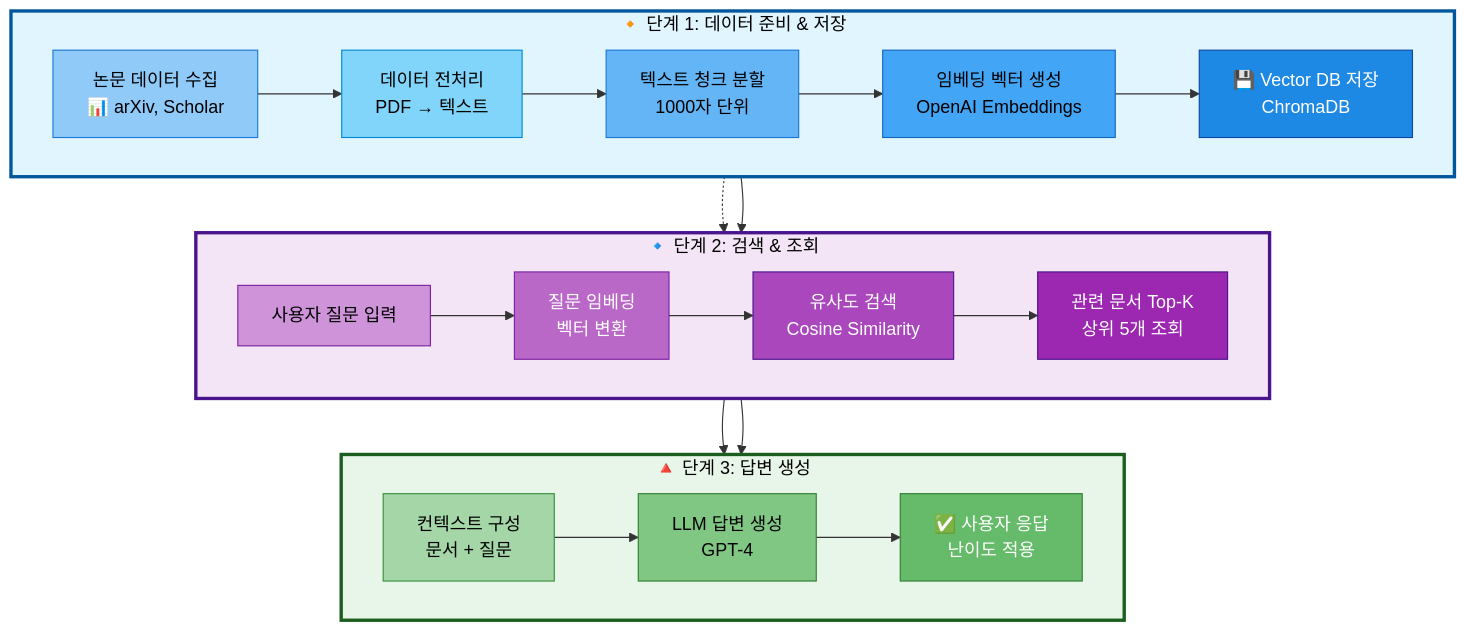
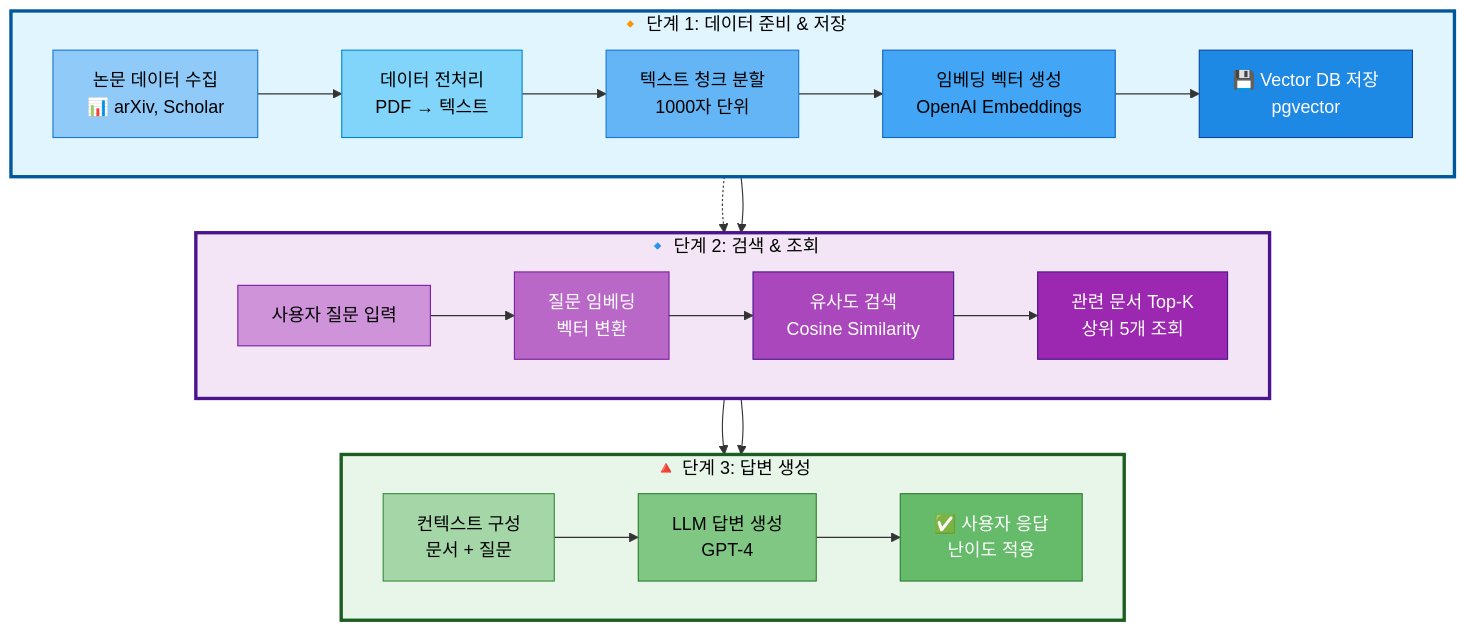
Before and after one commit to woghd8503/langchainproject-new-langchainproject_5: the diagram in docs/PRD/자료조사_04_RAG_시스템.md, drawn with Mermaid. The commit also changed other lines of this file and 5 other files, not shown here.

First line of the commit message:
docs: Vector DB를 ChromaDB에서 pgvector로 변경

````diff
--- a/docs/PRD/자료조사_04_RAG_시스템.md
+++ b/docs/PRD/자료조사_04_RAG_시스템.md
@@ -42,52 +42,52 @@
 ```mermaid
 graph TB
     subgraph Prepare["🔸 단계 1: 데이터 준비 & 저장"]
         direction LR
         A[논문 데이터 수집<br/>📊 arXiv, Scholar] --> B[데이터 전처리<br/>PDF → 텍스트]
         B --> C[텍스트 청크 분할<br/>1000자 단위]
         C --> D[임베딩 벡터 생성<br/>OpenAI Embeddings]
-        D --> E[💾 Vector DB 저장<br/>ChromaDB]
+        D --> E[💾 Vector DB 저장<br/>pgvector]
     end
 
     subgraph Search["🔹 단계 2: 검색 & 조회"]
         direction LR
         F[사용자 질문 입력] --> G[질문 임베딩<br/>벡터 변환]
         G --> H[유사도 검색<br/>Cosine Similarity]
         H --> I[관련 문서 Top-K<br/>상위 5개 조회]
     end
 
     subgraph Generate["🔺 단계 3: 답변 생성"]
         direction LR
         J[컨텍스트 구성<br/>문서 + 질문] --> K[LLM 답변 생성<br/>GPT-4]
         K --> L[✅ 사용자 응답<br/>난이도 적용]
     end
 
     %% 단계 간 연결
     Prepare --> Search
     Search --> Generate
     E -.-> H
     I --> J
 
     %% Subgraph 스타일
     style Prepare fill:#e1f5ff,stroke:#01579b,stroke-width:3px,color:#000
     style Search fill:#f3e5f5,stroke:#4a148c,stroke-width:3px,color:#000
     style Generate fill:#e8f5e9,stroke:#1b5e20,stroke-width:3px,color:#000
 
     %% 노드 스타일 (데이터 준비 - 파랑 계열)
     style A fill:#90caf9,stroke:#1976d2,color:#000
     style B fill:#81d4fa,stroke:#0288d1,color:#000
     style C fill:#64b5f6,stroke:#1976d2,color:#000
     style D fill:#42a5f5,stroke:#1565c0,color:#000
     style E fill:#1e88e5,stroke:#0d47a1,color:#fff
 
     %% 노드 스타일 (검색 - 보라 계열)
     style F fill:#ce93d8,stroke:#7b1fa2,color:#000
     style G fill:#ba68c8,stroke:#7b1fa2,color:#fff
     style H fill:#ab47bc,stroke:#4a148c,color:#fff
     style I fill:#9c27b0,stroke:#4a148c,color:#fff
 
     %% 노드 스타일 (답변 생성 - 녹색 계열)
     style J fill:#a5d6a7,stroke:#388e3c,color:#000
     style K fill:#81c784,stroke:#2e7d32,color:#000
     style L fill:#66bb6a,stroke:#2e7d32,color:#fff
 ```
````
